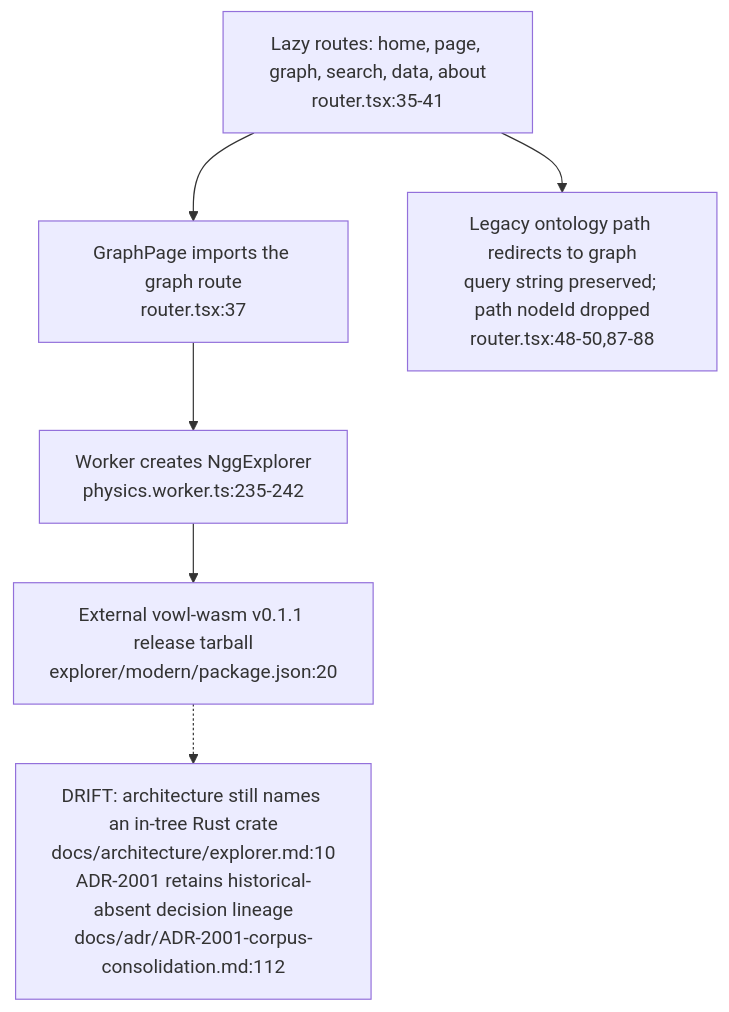
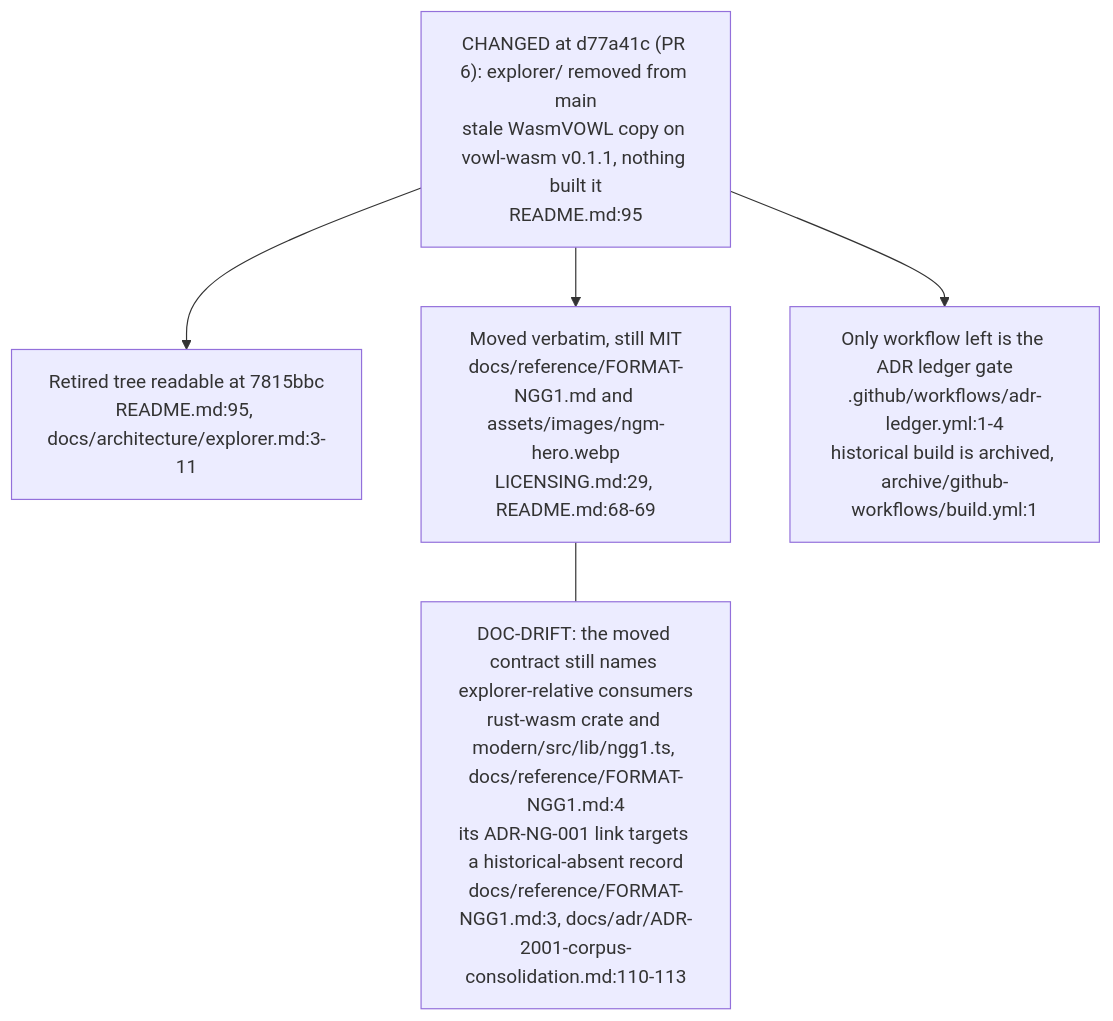
One commit to DreamLab-AI/VisionFlow changed the first of 5 diagrams in docs/diagrams/knowledgegraph/04-explorer-and-site-build.md. Above: the diagram before and after it, drawn with Mermaid. The commit also changed other lines of this file and 11 other files, not shown here.

First line of the commit message:
docs(diagrams): visiongraph and knowledgegraph re-verified (explorer on vowl-wasm 0.4.0, knowledgeGraph explorer retired)

````diff
--- a/docs/diagrams/knowledgegraph/04-explorer-and-site-build.md
+++ b/docs/diagrams/knowledgegraph/04-explorer-and-site-build.md
@@ -44,12 +40,12 @@
 ```mermaid
 flowchart TB
-    ROUTER["Lazy routes: home, page, graph, search, data, about<br/>router.tsx:35-41"]
-    GP["GraphPage imports the graph route<br/>router.tsx:37"]
-    WORKER["Worker creates NggExplorer<br/>physics.worker.ts:235-242"]
-    WASM["External vowl-wasm v0.1.1 release tarball<br/>explorer/modern/package.json:20"]
-    OLD["Legacy ontology path redirects to graph<br/>query string preserved; path nodeId dropped<br/>router.tsx:48-50,87-88"]
-    ROUTER --> GP --> WORKER --> WASM
-    ROUTER --> OLD
-    DRIFT["DRIFT: architecture still names an in-tree Rust crate<br/>docs/architecture/explorer.md:10<br/>ADR-2001 retains historical-absent decision lineage<br/>docs/adr/ADR-2001-corpus-consolidation.md:112"]
-    WASM -.-> DRIFT
+    OLD["CHANGED at d77a41c (PR 6): explorer/ removed from main<br/>stale WasmVOWL copy on vowl-wasm v0.1.1, nothing built it<br/>README.md:95"]
+    LAST["Retired tree readable at 7815bbc<br/>README.md:95, docs/architecture/explorer.md:3-11"]
+    MOVE["Moved verbatim, still MIT<br/>docs/reference/FORMAT-NGG1.md and assets/images/ngm-hero.webp<br/>LICENSING.md:29, README.md:68-69"]
+    WF["Only workflow left is the ADR ledger gate<br/>.github/workflows/adr-ledger.yml:1-4<br/>historical build is archived, archive/github-workflows/build.yml:1"]
+    OLD --> LAST
+    OLD --> MOVE
+    OLD --> WF
+    DRIFT["DOC-DRIFT: the moved contract still names explorer-relative consumers<br/>rust-wasm crate and modern/src/lib/ngg1.ts, docs/reference/FORMAT-NGG1.md:4<br/>its ADR-NG-001 link targets a historical-absent record<br/>docs/reference/FORMAT-NGG1.md:3, docs/adr/ADR-2001-corpus-consolidation.md:110-113"]
+    MOVE --- DRIFT
 ```
````
